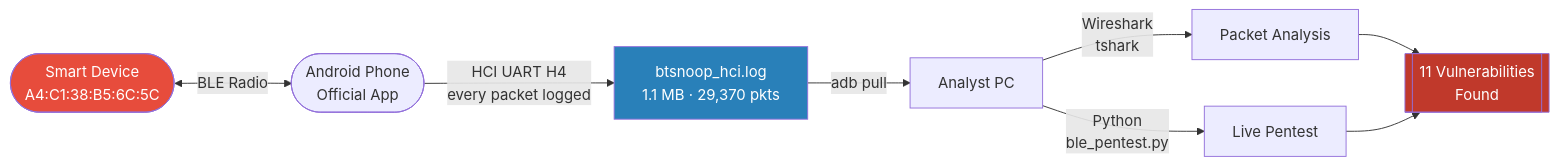
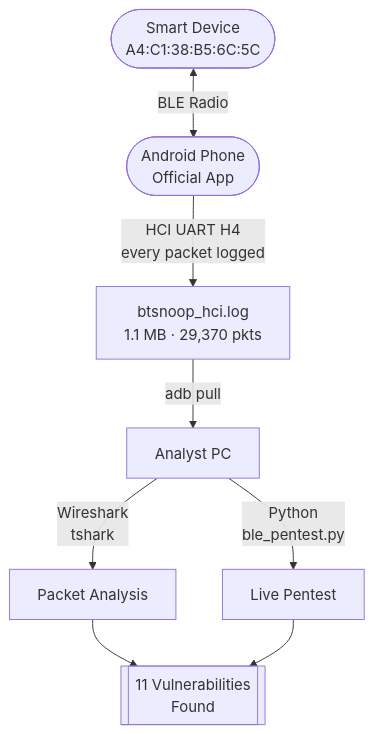
One commit to V33RU/veera.github.io changed the second of 9 diagrams in content/blog/godrej-smart-matic.md. Above: the diagram before and after it, drawn with Mermaid. The commit also changed other lines of this file, not shown here.

````diff
--- a/content/blog/godrej-smart-matic.md
+++ b/content/blog/godrej-smart-matic.md
@@ -118,14 +113,10 @@
 ```mermaid
-flowchart LR
-    A([Smart Device\nA4:C1:38:B5:6C:5C]) <-->|BLE Radio| B([Android Phone\nOfficial App])
-    B -->|HCI UART H4\nevery packet logged| C[btsnoop_hci.log\n1.1 MB · 29,370 pkts]
+flowchart TB
+    A(["Smart Device<br/>A4:C1:38:B5:6C:5C"]) <-->|BLE Radio| B(["Android Phone<br/>Official App"])
+    B -->|HCI UART H4<br/>every packet logged| C["btsnoop_hci.log<br/>1.1 MB · 29,370 pkts"]
     C -->|adb pull| D[Analyst PC]
-    D -->|Wireshark\ntshark| E[Packet Analysis]
-    D -->|Python\nble_pentest.py| F[Live Pentest]
-    E --> G[[11 Vulnerabilities\nFound]]
+    D -->|Wireshark<br/>tshark| E[Packet Analysis]
+    D -->|Python<br/>ble_pentest.py| F[Live Pentest]
+    E --> G[["11 Vulnerabilities<br/>Found"]]
     F --> G
-
-    style A fill:#e74c3c,color:#fff
-    style G fill:#c0392b,color:#fff
-    style C fill:#2980b9,color:#fff
 ```
````
